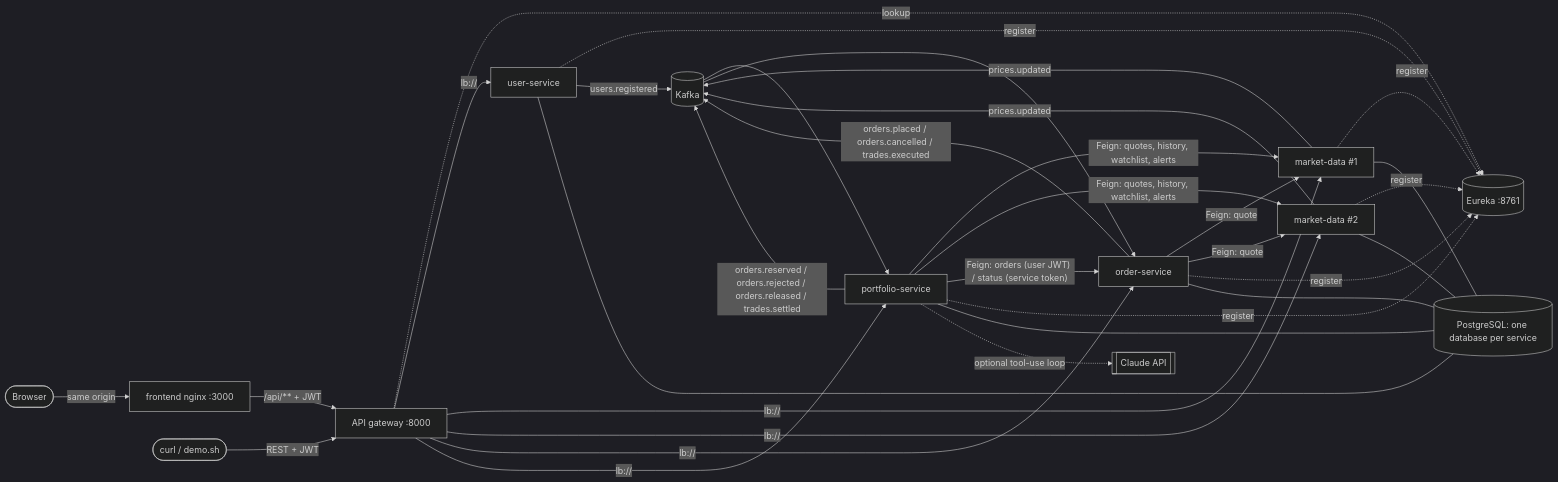
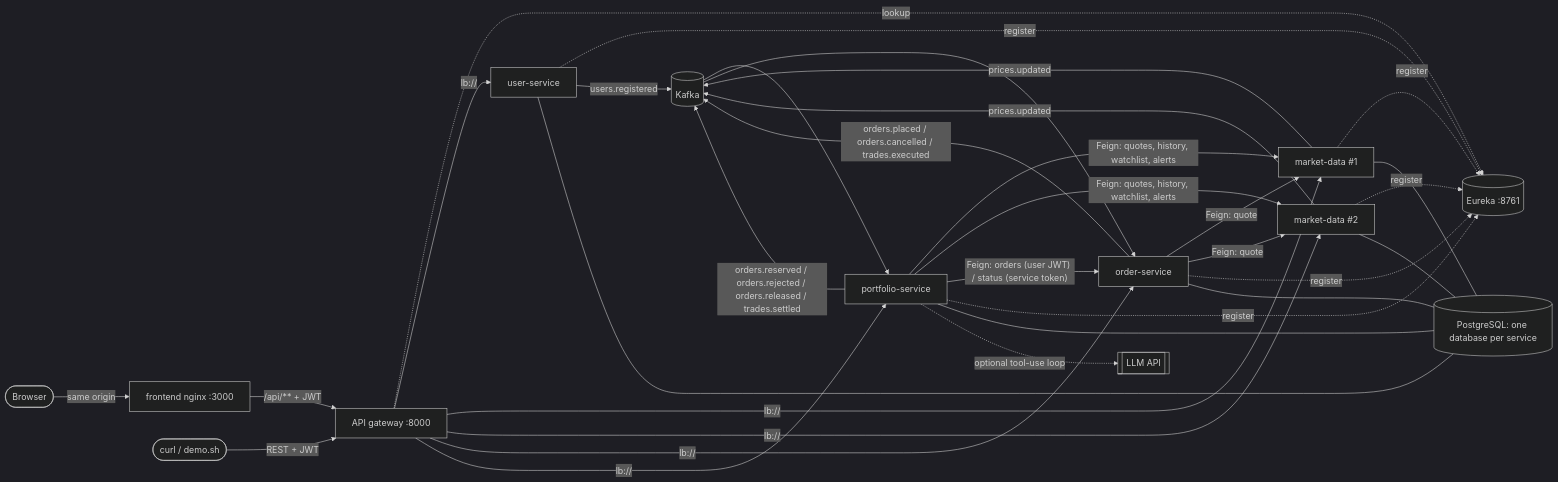
One commit to aravind19062/TradeFlow changed the diagram in README.md. Above: the diagram before and after it, drawn with Mermaid (dark theme). The commit also changed other lines of this file and 6 other files, not shown here.

````diff
--- a/README.md
+++ b/README.md
@@ -63,25 +63,25 @@
 ```mermaid
 flowchart LR
     web([Browser]) -- "same origin" --> FE[frontend nginx :3000]
     FE -- "/api/** + JWT" --> GW[API gateway :8000]
     client([curl / demo.sh]) -- "REST + JWT" --> GW
     GW -. "lookup" .-> EU[(Eureka :8761)]
     GW -- "lb://" --> U[user-service]
     GW -- "lb://" --> M1[market-data #1]
     GW -- "lb://" --> M2[market-data #2]
     GW -- "lb://" --> O[order-service]
     GW -- "lb://" --> P[portfolio-service]
     O -- "Feign: quote" --> M1 & M2
     P -- "Feign: quotes, history, watchlist, alerts" --> M1 & M2
     P -- "Feign: orders (user JWT) / status (service token)" --> O
     U & M1 & M2 & O & P -. "register" .-> EU
     K[(Kafka)]
     U -- users.registered --> K
     O -- "orders.placed / orders.cancelled / trades.executed" --> K
     P -- "orders.reserved / orders.rejected / orders.released / trades.settled" --> K
     M1 & M2 -- prices.updated --> K
     K --> P & O
     DB[(PostgreSQL: one database per service)]
     U & M1 & M2 & O & P --- DB
-    P -. "optional tool-use loop" .-> LLM[[Claude API]]
+    P -. "optional tool-use loop" .-> LLM[[LLM API]]
 ```
````
